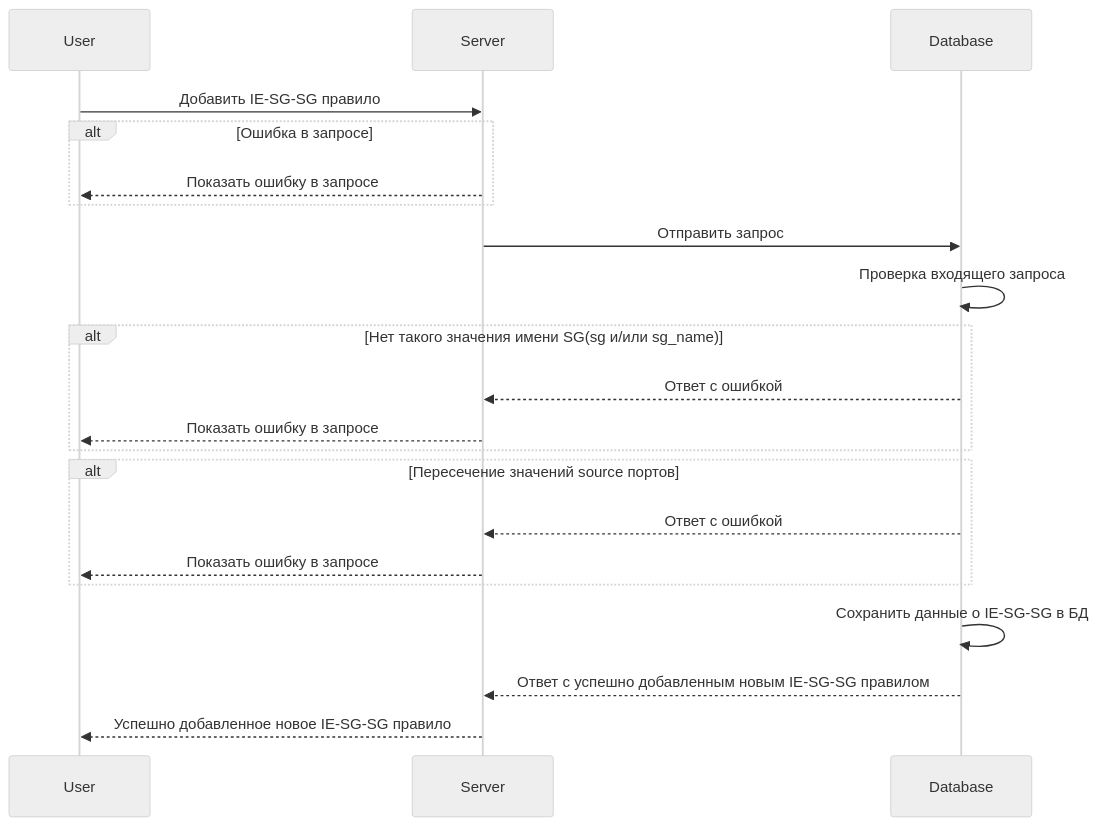
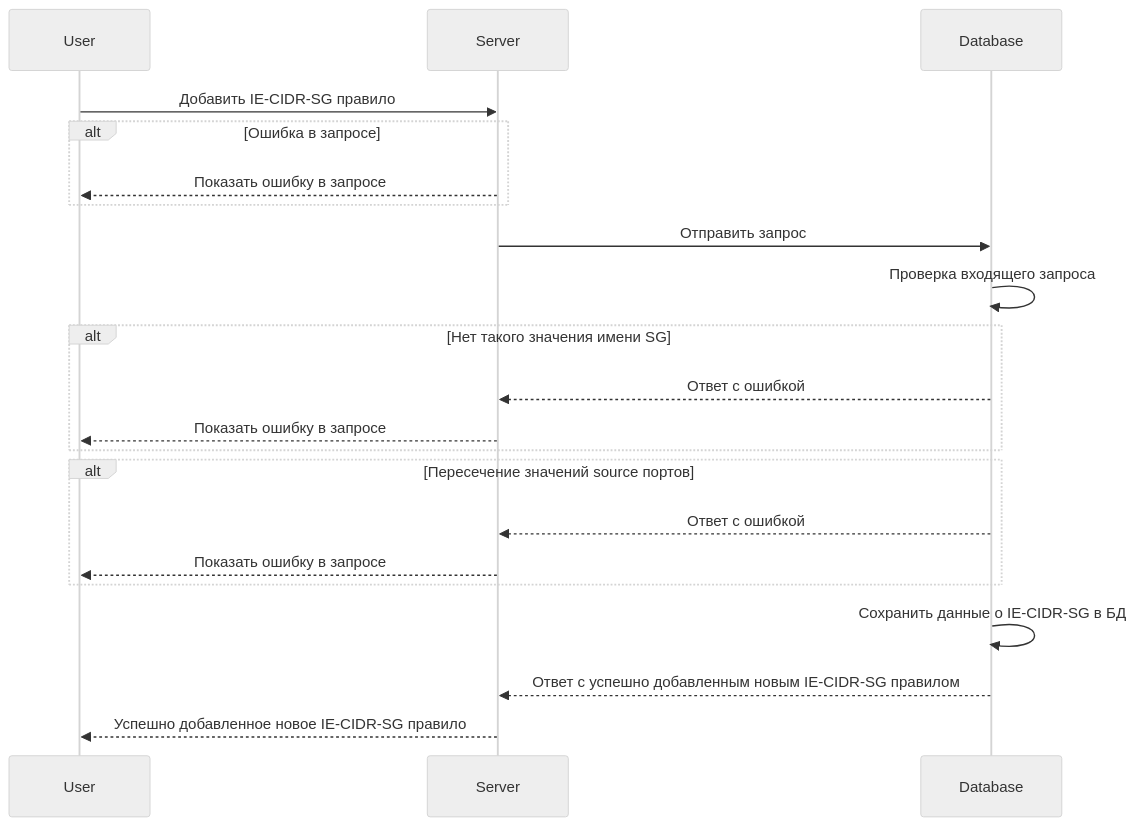
One commit to wildberries-tech/sgroups changed the diagram in documentation/src/snippets/s2c-ie/_Api.mdx. Above: the diagram before and after it, drawn with Mermaid (neutral theme). The commit also changed other lines of this file and 5 other files, not shown here.

````diff
--- a/documentation/src/snippets/s2c-ie/_Api.mdx
+++ b/documentation/src/snippets/s2c-ie/_Api.mdx
@@ -515,30 +515,30 @@
 ```mermaid
 sequenceDiagram
 participant user as User
 participant server as Server
 participant db as Database
 
-user->>server: Добавить IE-SG-SG правило
+user->>server: Добавить IE-CIDR-SG правило
 
 alt Ошибка в запросе
     server-->>user: Показать ошибку в запросе
 end
 
 server->>db: Отправить запрос
 db->>db: Проверка входящего запроса
 
-alt Нет такого значения имени SG(sg и/или sg_name)
+alt Нет такого значения имени SG
     db-->>server: Ответ с ошибкой
     server-->>user: Показать ошибку в запросе
 end
 
 alt Пересечение значений source портов
     db-->>server: Ответ с ошибкой
     server-->>user: Показать ошибку в запросе
 end
 
-db->>db: Сохранить данные о IE-SG-SG в БД
+db->>db: Сохранить данные о IE-CIDR-SG в БД
 
-db-->>server: Ответ с успешно добавленным новым IE-SG-SG правилом
-server-->>user: Успешно добавленное новое IE-SG-SG правило
+db-->>server: Ответ с успешно добавленным новым IE-CIDR-SG правилом
+server-->>user: Успешно добавленное новое IE-CIDR-SG правило
 ```
````
